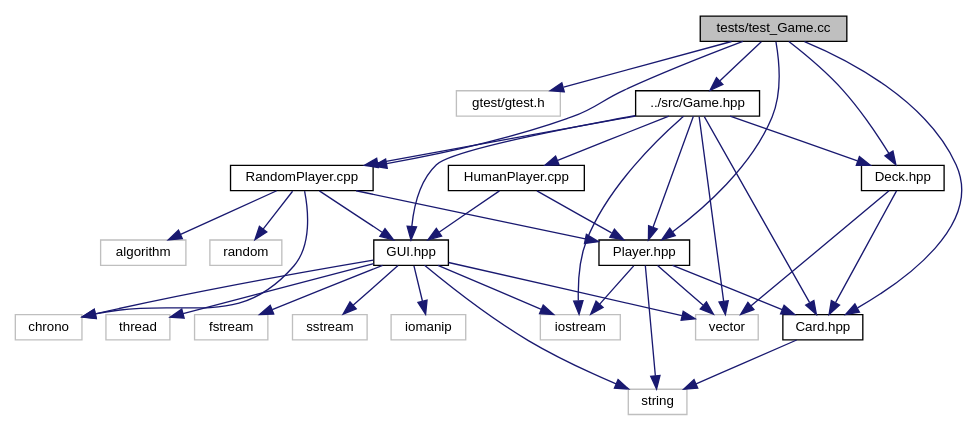
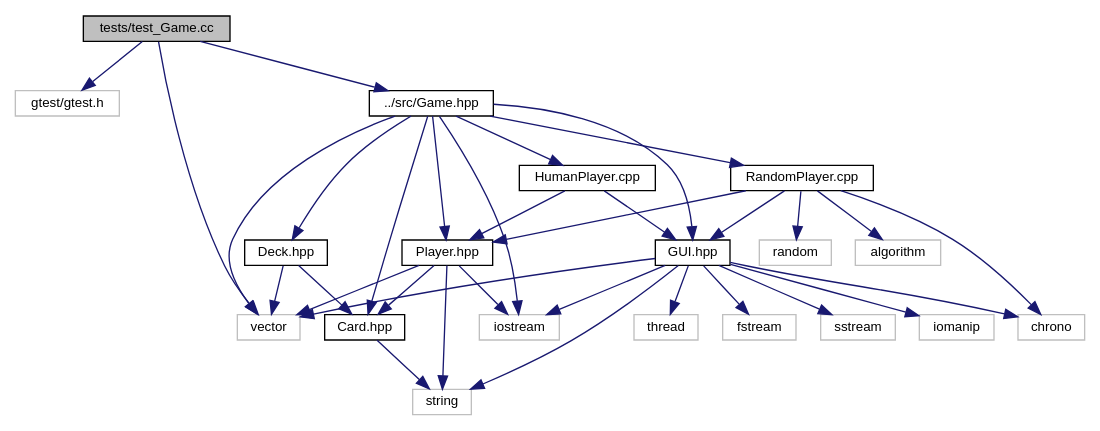
Before and after one commit to jesstyrrell/cosc345: the diagram in test___game_8cc__incl.dot, drawn with Graphviz. The commit also changed 332 other files, not shown here.

```diff
--- a/test___game_8cc__incl.dot
+++ b/test___game_8cc__incl.dot
@@ -1,62 +1,59 @@
 digraph "tests/test_Game.cc"
 {
  // INTERACTIVE_SVG=YES
  // LATEX_PDF_SIZE
   edge [fontname="Helvetica",fontsize="10",labelfontname="Helvetica",labelfontsize="10"];
   node [fontname="Helvetica",fontsize="10",shape=record];
   Node1 [label="tests/test_Game.cc",height=0.2,width=0.4,color="black", fillcolor="grey75", style="filled", fontcolor="black",tooltip=" "];
   Node1 -> Node2 [color="midnightblue",fontsize="10",style="solid",fontname="Helvetica"];
   Node2 [label="gtest/gtest.h",height=0.2,width=0.4,color="grey75", fillcolor="white", style="filled",tooltip=" "];
   Node1 -> Node3 [color="midnightblue",fontsize="10",style="solid",fontname="Helvetica"];
-  Node3 [label="../src/Game.hpp",height=0.2,width=0.4,color="black", fillcolor="white", style="filled",URL="$_game_8hpp.html",tooltip=" "];
-  Node3 -> Node4 [color="midnightblue",fontsize="10",style="solid",fontname="Helvetica"];
-  Node4 [label="iostream",height=0.2,width=0.4,color="grey75", fillcolor="white", style="filled",tooltip=" "];
-  Node3 -> Node5 [color="midnightblue",fontsize="10",style="solid",fontname="Helvetica"];
-  Node5 [label="vector",height=0.2,width=0.4,color="grey75", fillcolor="white", style="filled",tooltip=" "];
-  Node3 -> Node6 [color="midnightblue",fontsize="10",style="solid",fontname="Helvetica"];
+  Node3 [label="vector",height=0.2,width=0.4,color="grey75", fillcolor="white", style="filled",tooltip=" "];
+  Node1 -> Node4 [color="midnightblue",fontsize="10",style="solid",fontname="Helvetica"];
+  Node4 [label="../src/Game.hpp",height=0.2,width=0.4,color="black", fillcolor="white", style="filled",URL="$_game_8hpp.html",tooltip=" "];
+  Node4 -> Node5 [color="midnightblue",fontsize="10",style="solid",fontname="Helvetica"];
+  Node5 [label="iostream",height=0.2,width=0.4,color="grey75", fillcolor="white", style="filled",tooltip=" "];
+  Node4 -> Node3 [color="midnightblue",fontsize="10",style="solid",fontname="Helvetica"];
+  Node4 -> Node6 [color="midnightblue",fontsize="10",style="solid",fontname="Helvetica"];
   Node6 [label="Player.hpp",height=0.2,width=0.4,color="black", fillcolor="white", style="filled",URL="$_player_8hpp.html",tooltip=" "];
-  Node6 -> Node4 [color="midnightblue",fontsize="10",style="solid",fontname="Helvetica"];
   Node6 -> Node5 [color="midnightblue",fontsize="10",style="solid",fontname="Helvetica"];
+  Node6 -> Node3 [color="midnightblue",fontsize="10",style="solid",fontname="Helvetica"];
   Node6 -> Node7 [color="midnightblue",fontsize="10",style="solid",fontname="Helvetica"];
   Node7 [label="string",height=0.2,width=0.4,color="grey75", fillcolor="white", style="filled",tooltip=" "];
   Node6 -> Node8 [color="midnightblue",fontsize="10",style="solid",fontname="Helvetica"];
   Node8 [label="Card.hpp",height=0.2,width=0.4,color="black", fillcolor="white", style="filled",URL="$_card_8hpp.html",tooltip=" "];
   Node8 -> Node7 [color="midnightblue",fontsize="10",style="solid",fontname="Helvetica"];
-  Node3 -> Node9 [color="midnightblue",fontsize="10",style="solid",fontname="Helvetica"];
+  Node4 -> Node9 [color="midnightblue",fontsize="10",style="solid",fontname="Helvetica"];
   Node9 [label="RandomPlayer.cpp",height=0.2,width=0.4,color="black", fillcolor="white", style="filled",URL="$_random_player_8cpp.html",tooltip=" "];
   Node9 -> Node6 [color="midnightblue",fontsize="10",style="solid",fontname="Helvetica"];
   Node9 -> Node10 [color="midnightblue",fontsize="10",style="solid",fontname="Helvetica"];
   Node10 [label="GUI.hpp",height=0.2,width=0.4,color="black", fillcolor="white", style="filled",URL="$_g_u_i_8hpp.html",tooltip=" "];
-  Node10 -> Node4 [color="midnightblue",fontsize="10",style="solid",fontname="Helvetica"];
+  Node10 -> Node5 [color="midnightblue",fontsize="10",style="solid",fontname="Helvetica"];
   Node10 -> Node7 [color="midnightblue",fontsize="10",style="solid",fontname="Helvetica"];
-  Node10 -> Node5 [color="midnightblue",fontsize="10",style="solid",fontname="Helvetica"];
+  Node10 -> Node3 [color="midnightblue",fontsize="10",style="solid",fontname="Helvetica"];
   Node10 -> Node11 [color="midnightblue",fontsize="10",style="solid",fontname="Helvetica"];
   Node11 [label="thread",height=0.2,width=0.4,color="grey75", fillcolor="white", style="filled",tooltip=" "];
   Node10 -> Node12 [color="midnightblue",fontsize="10",style="solid",fontname="Helvetica"];
   Node12 [label="fstream",height=0.2,width=0.4,color="grey75", fillcolor="white", style="filled",tooltip=" "];
   Node10 -> Node13 [color="midnightblue",fontsize="10",style="solid",fontname="Helvetica"];
   Node13 [label="sstream",height=0.2,width=0.4,color="grey75", fillcolor="white", style="filled",tooltip=" "];
   Node10 -> Node14 [color="midnightblue",fontsize="10",style="solid",fontname="Helvetica"];
   Node14 [label="chrono",height=0.2,width=0.4,color="grey75", fillcolor="white", style="filled",tooltip=" "];
   Node10 -> Node15 [color="midnightblue",fontsize="10",style="solid",fontname="Helvetica"];
   Node15 [label="iomanip",height=0.2,width=0.4,color="grey75", fillcolor="white", style="filled",tooltip=" "];
   Node9 -> Node16 [color="midnightblue",fontsize="10",style="solid",fontname="Helvetica"];
   Node16 [label="random",height=0.2,width=0.4,color="grey75", fillcolor="white", style="filled",tooltip=" "];
   Node9 -> Node14 [color="midnightblue",fontsize="10",style="solid",fontname="Helvetica"];
   Node9 -> Node17 [color="midnightblue",fontsize="10",style="solid",fontname="Helvetica"];
   Node17 [label="algorithm",height=0.2,width=0.4,color="grey75", fillcolor="white", style="filled",tooltip=" "];
-  Node3 -> Node18 [color="midnightblue",fontsize="10",style="solid",fontname="Helvetica"];
+  Node4 -> Node18 [color="midnightblue",fontsize="10",style="solid",fontname="Helvetica"];
   Node18 [label="HumanPlayer.cpp",height=0.2,width=0.4,color="black", fillcolor="white", style="filled",URL="$_human_player_8cpp.html",tooltip=" "];
   Node18 -> Node6 [color="midnightblue",fontsize="10",style="solid",fontname="Helvetica"];
   Node18 -> Node10 [color="midnightblue",fontsize="10",style="solid",fontname="Helvetica"];
-  Node3 -> Node19 [color="midnightblue",fontsize="10",style="solid",fontname="Helvetica"];
+  Node4 -> Node19 [color="midnightblue",fontsize="10",style="solid",fontname="Helvetica"];
   Node19 [label="Deck.hpp",height=0.2,width=0.4,color="black", fillcolor="white", style="filled",URL="$_deck_8hpp.html",tooltip=" "];
-  Node19 -> Node5 [color="midnightblue",fontsize="10",style="solid",fontname="Helvetica"];
+  Node19 -> Node3 [color="midnightblue",fontsize="10",style="solid",fontname="Helvetica"];
   Node19 -> Node8 [color="midnightblue",fontsize="10",style="solid",fontname="Helvetica"];
-  Node3 -> Node8 [color="midnightblue",fontsize="10",style="solid",fontname="Helvetica"];
-  Node3 -> Node10 [color="midnightblue",fontsize="10",style="solid",fontname="Helvetica"];
-  Node1 -> Node6 [color="midnightblue",fontsize="10",style="solid",fontname="Helvetica"];
-  Node1 -> Node9 [color="midnightblue",fontsize="10",style="solid",fontname="Helvetica"];
-  Node1 -> Node19 [color="midnightblue",fontsize="10",style="solid",fontname="Helvetica"];
-  Node1 -> Node8 [color="midnightblue",fontsize="10",style="solid",fontname="Helvetica"];
+  Node4 -> Node8 [color="midnightblue",fontsize="10",style="solid",fontname="Helvetica"];
+  Node4 -> Node10 [color="midnightblue",fontsize="10",style="solid",fontname="Helvetica"];
 }
```
